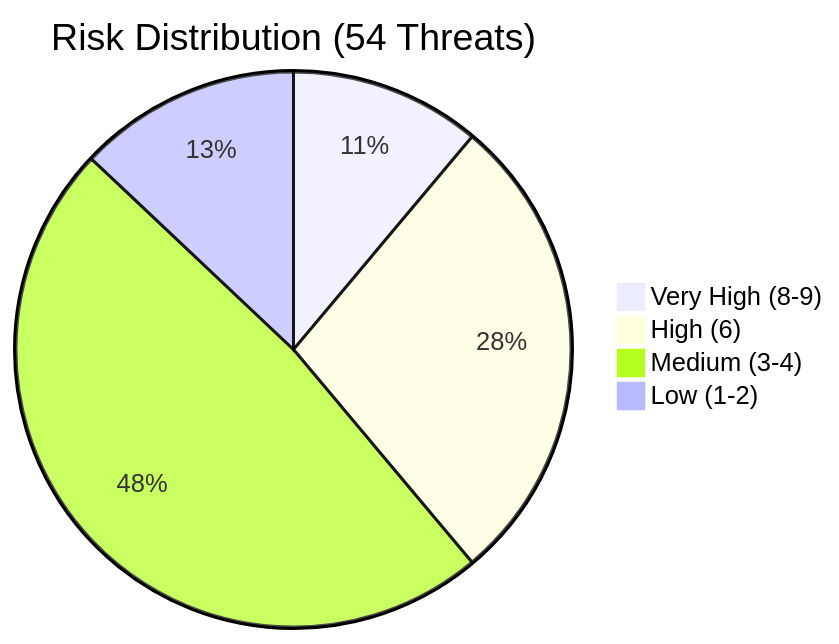
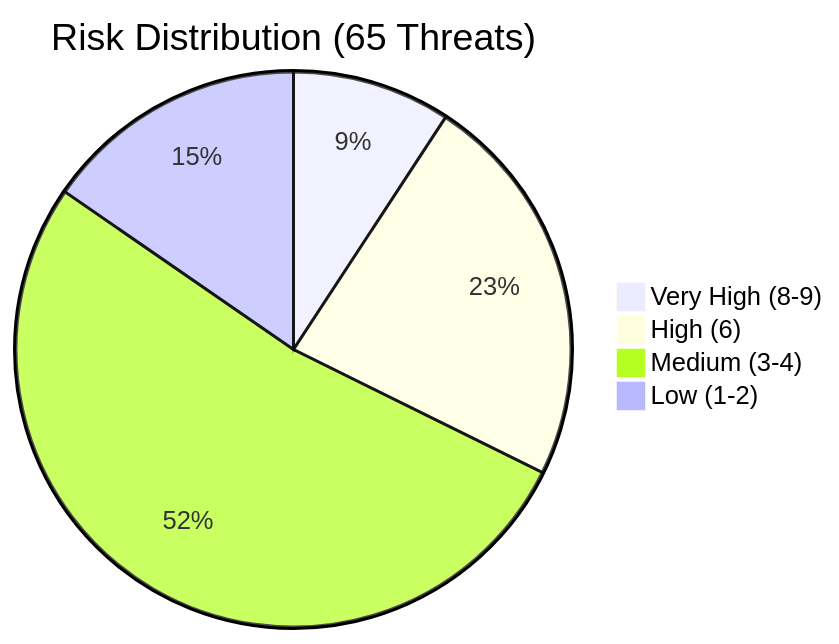
One commit to aws-samples/amazon-transcribe-live-meeting-assistant changed the diagram in threat-modeling/risk-assessment/risk-matrix.md. Above: the diagram before and after it, drawn with Mermaid. The commit also changed other lines of this file and 12 other files, not shown here.

````diff
--- a/threat-modeling/risk-assessment/risk-matrix.md
+++ b/threat-modeling/risk-assessment/risk-matrix.md
@@ -121,7 +132,7 @@
 ```mermaid
-pie title Risk Distribution (54 Threats)
+pie title Risk Distribution (65 Threats)
     "Very High (8-9)" : 6
     "High (6)" : 15
-    "Medium (3-4)" : 26
-    "Low (1-2)" : 7
+    "Medium (3-4)" : 34
+    "Low (1-2)" : 10
 ```
````
